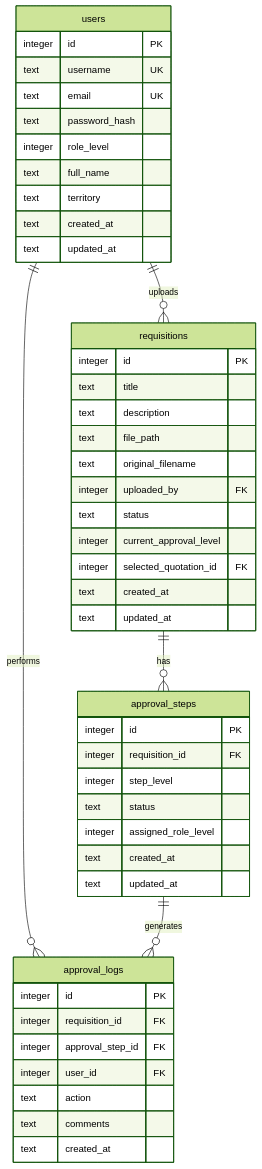
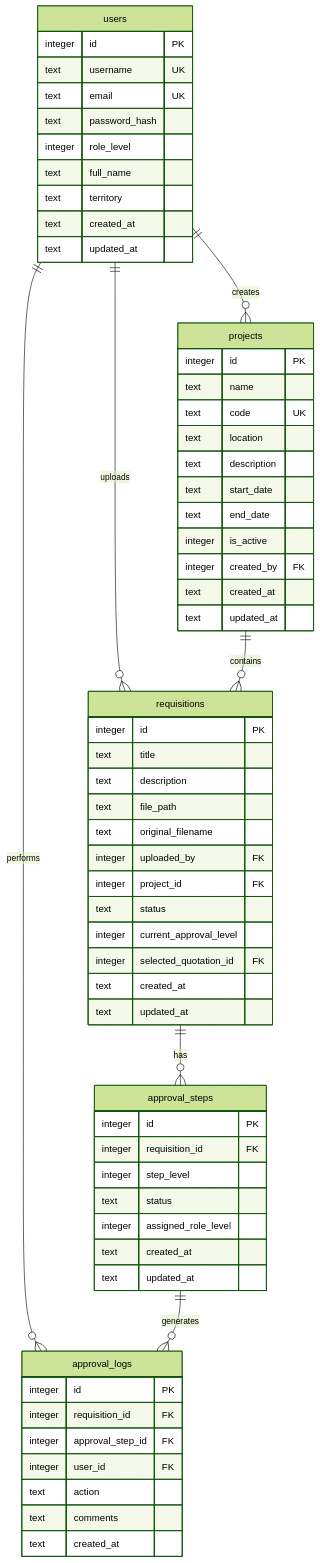
Before and after one commit to AndresFelipeGA/cid-aprueba: the second of 4 diagrams in ARCHITECTURE.md, drawn with Mermaid (forest theme). The commit also changed other lines of this file and 13 other files, not shown here.

````diff
--- a/ARCHITECTURE.md
+++ b/ARCHITECTURE.md
@@ -144,53 +148,70 @@
 ```mermaid
 erDiagram
     users ||--o{ requisitions : uploads
     users ||--o{ approval_logs : performs
+    users ||--o{ projects : creates
     requisitions ||--o{ approval_steps : has
     approval_steps ||--o{ approval_logs : generates
+    projects ||--o{ requisitions : contains
 
     users {
         integer id PK
         text username UK
         text email UK
         text password_hash
         integer role_level
         text full_name
         text territory
         text created_at
         text updated_at
     }
 
+    projects {
+        integer id PK
+        text name
+        text code UK
+        text location
+        text description
+        text start_date
+        text end_date
+        integer is_active
+        integer created_by FK
+        text created_at
+        text updated_at
+    }
+
     requisitions {
         integer id PK
         text title
         text description
         text file_path
         text original_filename
         integer uploaded_by FK
+        integer project_id FK
         text status
         integer current_approval_level
         integer selected_quotation_id FK
         text created_at
         text updated_at
     }
 
     approval_steps {
         integer id PK
         integer requisition_id FK
         integer step_level
         text status
         integer assigned_role_level
         text created_at
         text updated_at
     }
 
     approval_logs {
         integer id PK
         integer requisition_id FK
         integer approval_step_id FK
         integer user_id FK
         text action
         text comments
         text created_at
     }
 ```
````
